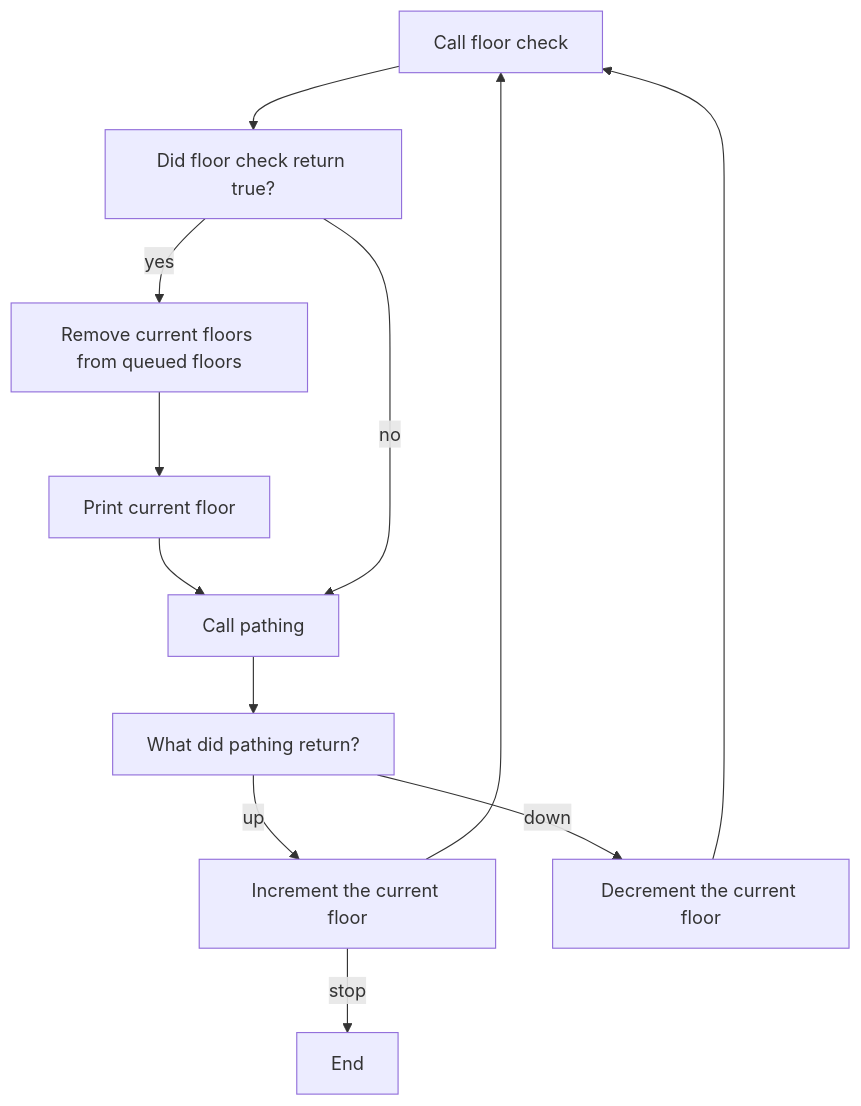
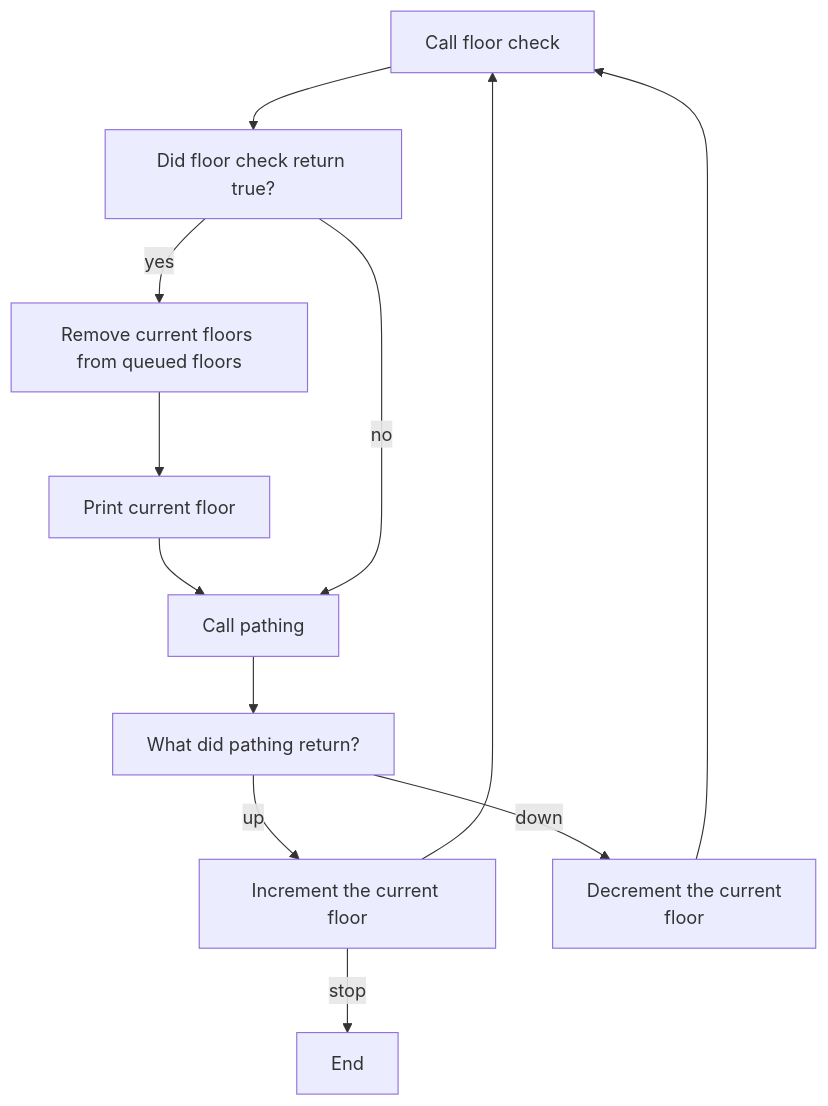
One commit to tgn203/lift-project changed the diagram in flowcharts/ed-code/basicloop.mermaid. Above: the diagram before and after it, drawn with Mermaid.

```diff
--- a/flowcharts/ed-code/basicloop.mermaid
+++ b/flowcharts/ed-code/basicloop.mermaid
@@ -1,21 +1,21 @@
 flowchart TD
     A["Call floor check"]
     B["Did floor check return true?"]
     C["Remove current floors from queued floors"]
     E["Print current floor"]
     F["Call pathing"]
     G["What did pathing return?"] 
     H["Increment the current floor"]
-    I["Decrement the current floor"]
+    I["Decrement the current<br> floor"]
     J["End"]
     A --> B
     B -->|yes| C
     C --> E
     E --> F
     B -->|no| F
     F --> G
     G -->|up| H
     G -->|down| I
     H -->|stop| J
     H --> A
     I --> A
```
